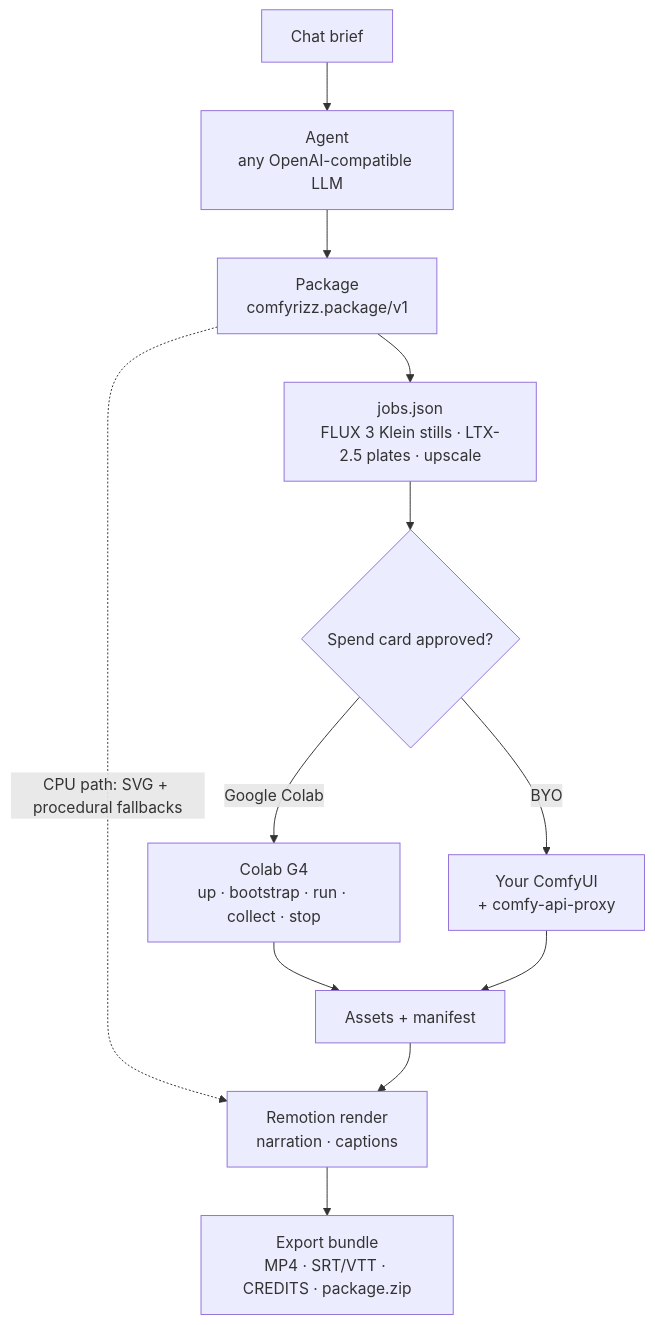
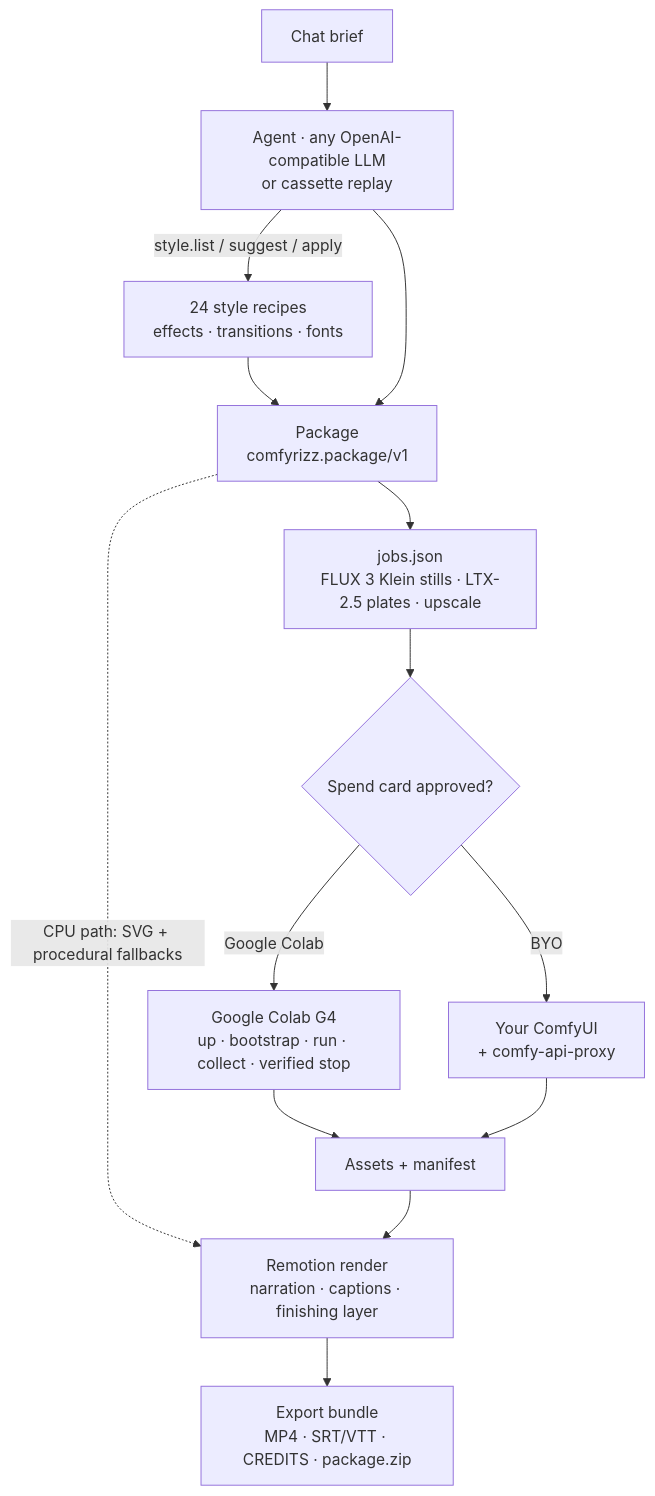
Before and after one commit to mojomast/comfyrizz: the diagram in README.md, drawn with Mermaid. The commit also changed other lines of this file and 11 other files, not shown here.

````diff
--- a/README.md
+++ b/README.md
@@ -103,14 +180,16 @@
 ```mermaid
 flowchart TD
-    A["Chat brief"] --> B["Agent<br/>any OpenAI-compatible LLM"]
+    A["Chat brief"] --> B["Agent · any OpenAI-compatible LLM<br/>or cassette replay"]
+    B -->|style.list / suggest / apply| R["24 style recipes<br/>effects · transitions · fonts"]
+    R --> C
     B --> C["Package<br/>comfyrizz.package/v1"]
     C --> D["jobs.json<br/>FLUX 3 Klein stills · LTX-2.5 plates · upscale"]
     D --> S{"Spend card approved?"}
-    S -->|Google Colab| E["Colab G4<br/>up · bootstrap · run · collect · stop"]
+    S -->|Google Colab| E["Google Colab G4<br/>up · bootstrap · run · collect · verified stop"]
     S -->|BYO| F["Your ComfyUI<br/>+ comfy-api-proxy"]
     E --> G["Assets + manifest"]
     F --> G
     C -.->|"CPU path: SVG + procedural fallbacks"| H
-    G --> H["Remotion render<br/>narration · captions"]
+    G --> H["Remotion render<br/>narration · captions · finishing layer"]
     H --> I["Export bundle<br/>MP4 · SRT/VTT · CREDITS · package.zip"]
 ```
````
